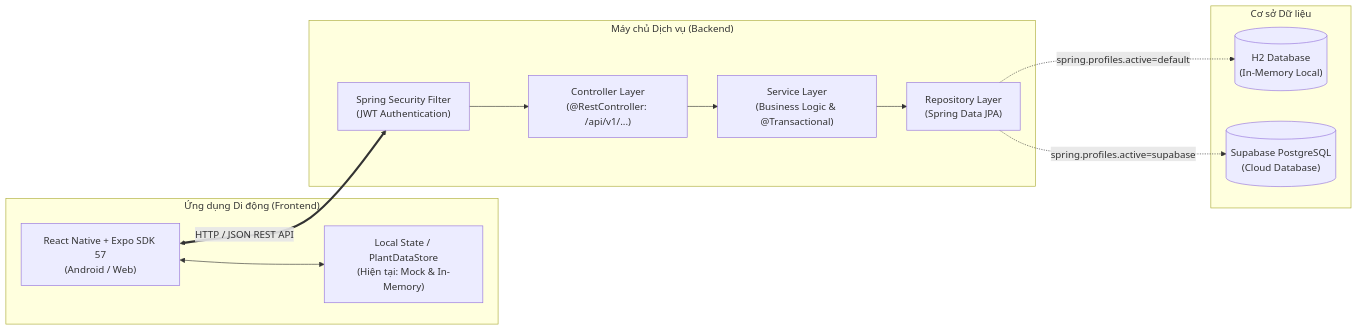
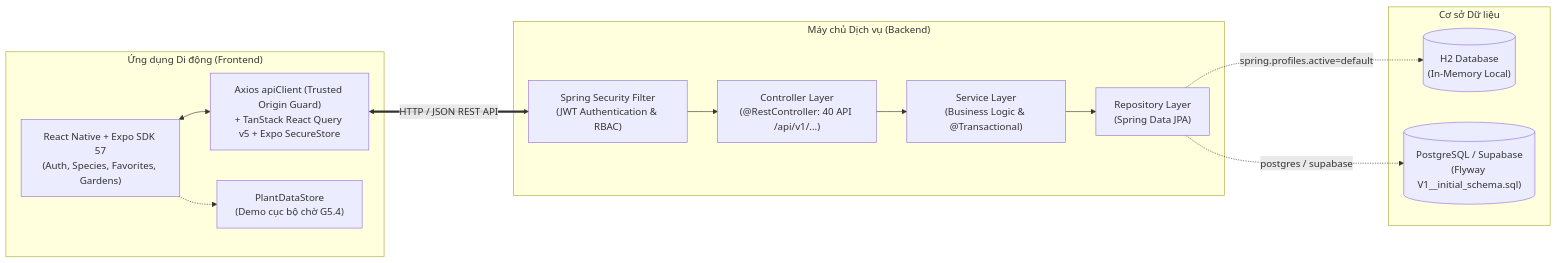
The diagram in README.md (vuduc6002/GoPlant), drawn with Mermaid before and after one commit. The commit also changed other lines of this file and 19 other files, not shown here.

Commit message:
feat(frontend): integrate species favorites and gardens

````diff
--- a/README.md
+++ b/README.md
@@ -97,26 +99,28 @@
 ```mermaid
 flowchart LR
     subgraph Client["Ứng dụng Di động (Frontend)"]
-        EXPO["React Native + Expo SDK 57\n(Android / Web)"]
-        STORE["Local State / PlantDataStore\n(Hiện tại: Mock & In-Memory)"]
-        EXPO <--> STORE
+        EXPO["React Native + Expo SDK 57\n(Auth, Species, Favorites, Gardens)"]
+        NET["Axios apiClient (Trusted Origin Guard)\n+ TanStack React Query v5 + Expo SecureStore"]
+        DEMO["PlantDataStore\n(Demo cục bộ chờ G5.4)"]
+        EXPO <--> NET
+        EXPO -.-> DEMO
     end
 
     subgraph Server["Máy chủ Dịch vụ (Backend)"]
-        SEC["Spring Security Filter\n(JWT Authentication)"]
-        CTRL["Controller Layer\n(@RestController: /api/v1/...)"]
+        SEC["Spring Security Filter\n(JWT Authentication & RBAC)"]
+        CTRL["Controller Layer\n(@RestController: 40 API /api/v1/...)"]
         SRV["Service Layer\n(Business Logic & @Transactional)"]
         REPO["Repository Layer\n(Spring Data JPA)"]
 
         SEC --> CTRL --> SRV --> REPO
     end
 
     subgraph Database["Cơ sở Dữ liệu"]
         H2[("H2 Database\n(In-Memory Local)")]
-        SUPA[("Supabase PostgreSQL\n(Cloud Database)")]
+        SUPA[("PostgreSQL / Supabase\n(Flyway V1__initial_schema.sql)")]
     end
 
-    EXPO <== "HTTP / JSON REST API" ==> SEC
+    NET <== "HTTP / JSON REST API" ==> SEC
     REPO -. "spring.profiles.active=default" .-> H2
-    REPO -. "spring.profiles.active=supabase" .-> SUPA
+    REPO -. "postgres / supabase" .-> SUPA
 ```
````
